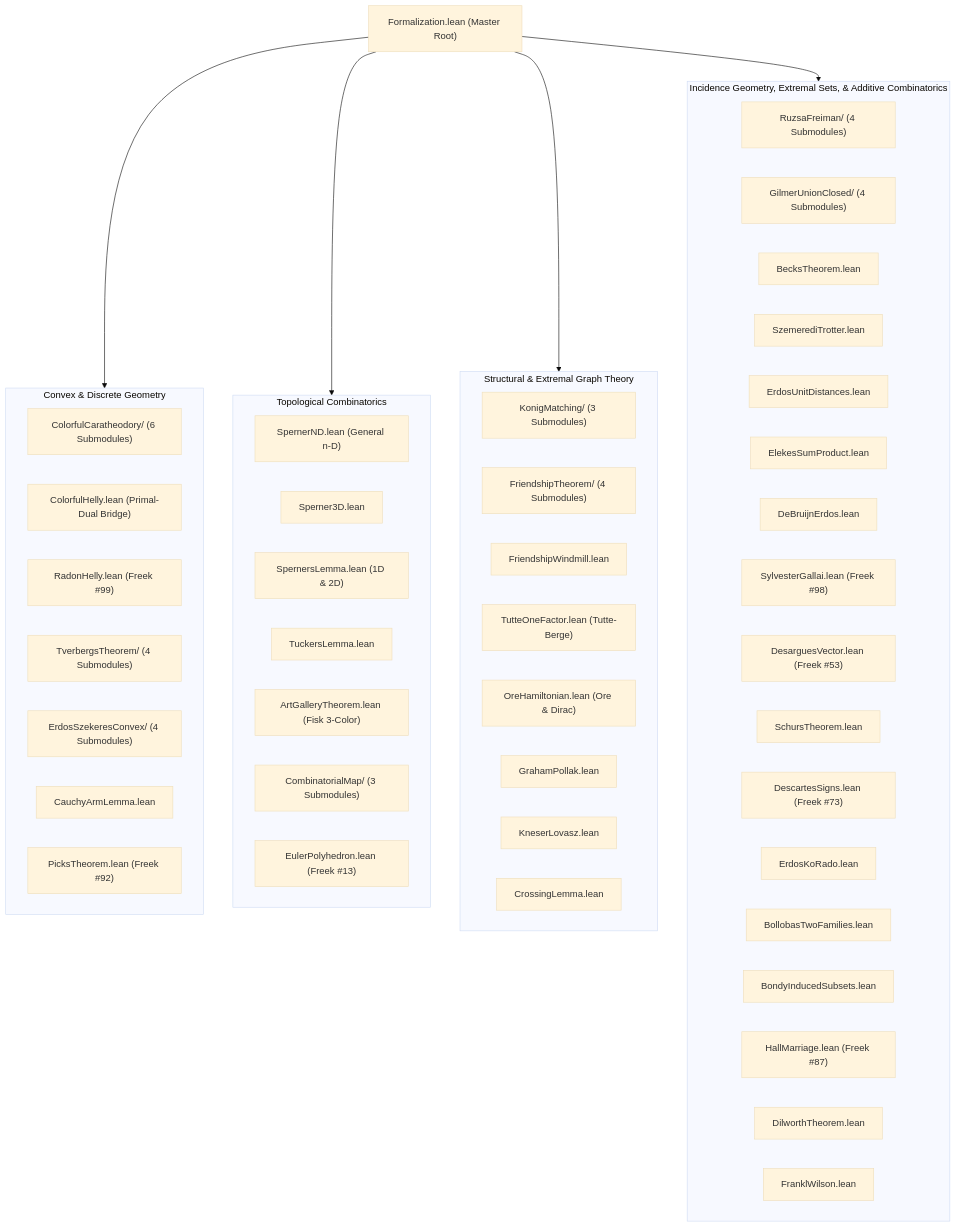
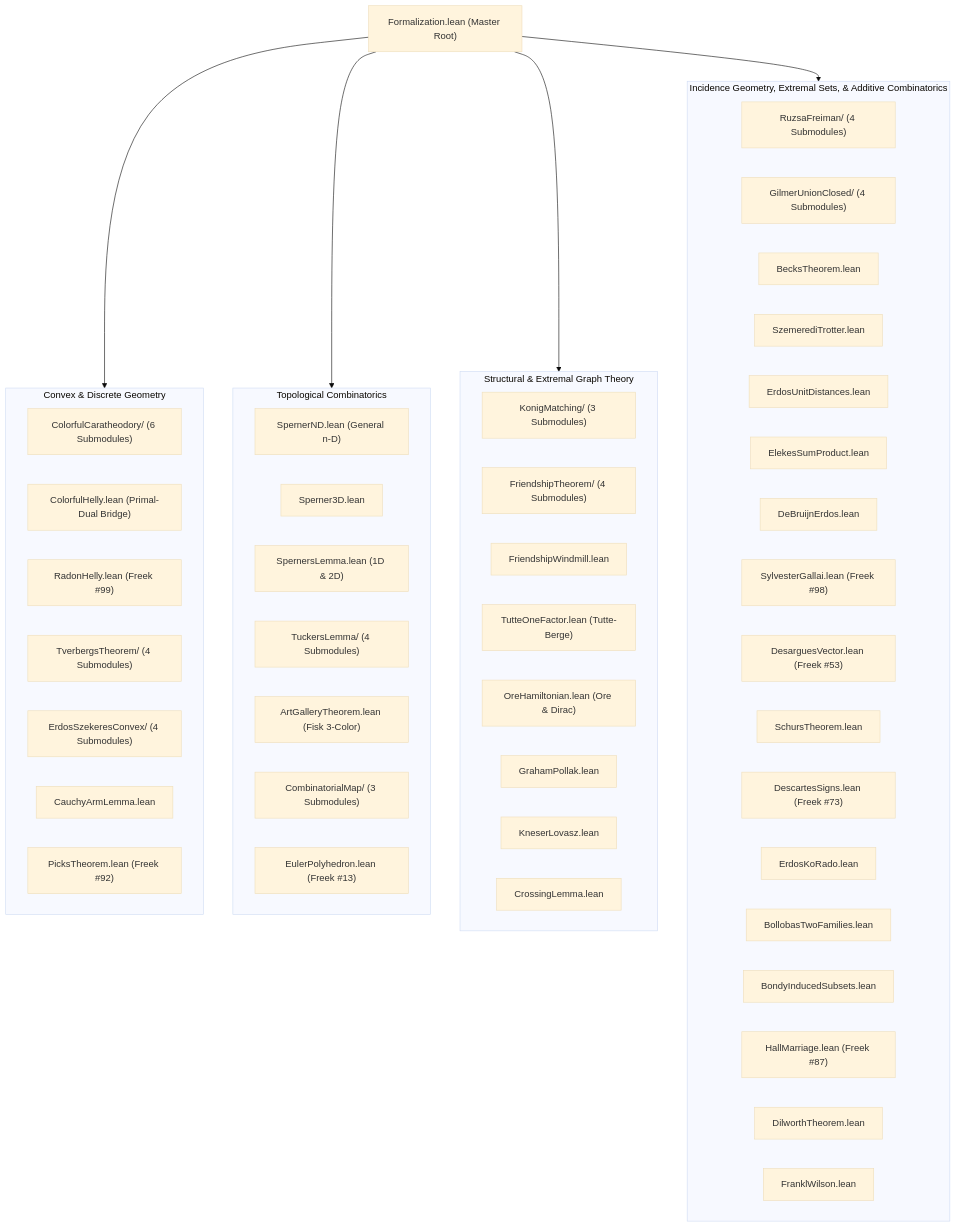
The diagram in README.md (sneed-and-feed/lean-theorems-1), drawn with Mermaid (base theme) before and after one commit. The commit also changed other lines of this file, not shown here.

Commit message:
docs: update README.md with modular Tucker's Lemma and Schur's Theorem suites

````diff
--- a/README.md
+++ b/README.md
@@ -391,60 +399,60 @@
 ```mermaid
 graph TD
     Root["Formalization.lean (Master Root)"]
     
     subgraph ConvexGeometry ["Convex & Discrete Geometry"]
         CC["ColorfulCaratheodory/ (6 Submodules)"]
         CH["ColorfulHelly.lean (Primal-Dual Bridge)"]
         RH["RadonHelly.lean (Freek #99)"]
         TT["TverbergsTheorem/ (4 Submodules)"]
         ES["ErdosSzekeresConvex/ (4 Submodules)"]
         CA["CauchyArmLemma.lean"]
         PK["PicksTheorem.lean (Freek #92)"]
     end
 
     subgraph TopologicalCombinatorics ["Topological Combinatorics"]
         SND["SpernerND.lean (General n-D)"]
         S3D["Sperner3D.lean"]
         S12["SpernersLemma.lean (1D & 2D)"]
-        TL["TuckersLemma.lean"]
+        TL["TuckersLemma/ (4 Submodules)"]
         AG["ArtGalleryTheorem.lean (Fisk 3-Color)"]
         CM["CombinatorialMap/ (3 Submodules)"]
         EP["EulerPolyhedron.lean (Freek #13)"]
     end
 
     subgraph GraphTheory ["Structural & Extremal Graph Theory"]
         KM["KonigMatching/ (3 Submodules)"]
         FT["FriendshipTheorem/ (4 Submodules)"]
         FW["FriendshipWindmill.lean"]
         TO["TutteOneFactor.lean (Tutte-Berge)"]
         OH["OreHamiltonian.lean (Ore & Dirac)"]
         GP["GrahamPollak.lean"]
         KL["KneserLovasz.lean"]
         CL["CrossingLemma.lean"]
     end
 
     subgraph IncidenceAndAdditive ["Incidence Geometry, Extremal Sets, & Additive Combinatorics"]
         RF["RuzsaFreiman/ (4 Submodules)"]
         GUC["GilmerUnionClosed/ (4 Submodules)"]
         BE["BecksTheorem.lean"]
         ST["SzemerediTrotter.lean"]
         UD["ErdosUnitDistances.lean"]
         ESP["ElekesSumProduct.lean"]
         DBE["DeBruijnErdos.lean"]
         SG["SylvesterGallai.lean (Freek #98)"]
         DV["DesarguesVector.lean (Freek #53)"]
         SC["SchursTheorem.lean"]
         DS["DescartesSigns.lean (Freek #73)"]
         EKR["ErdosKoRado.lean"]
         BT["BollobasTwoFamilies.lean"]
         BI["BondyInducedSubsets.lean"]
         HM["HallMarriage.lean (Freek #87)"]
         DT["DilworthTheorem.lean"]
         FWI["FranklWilson.lean"]
     end
 
     Root --> ConvexGeometry
     Root --> TopologicalCombinatorics
     Root --> GraphTheory
     Root --> IncidenceAndAdditive
 ```
````
